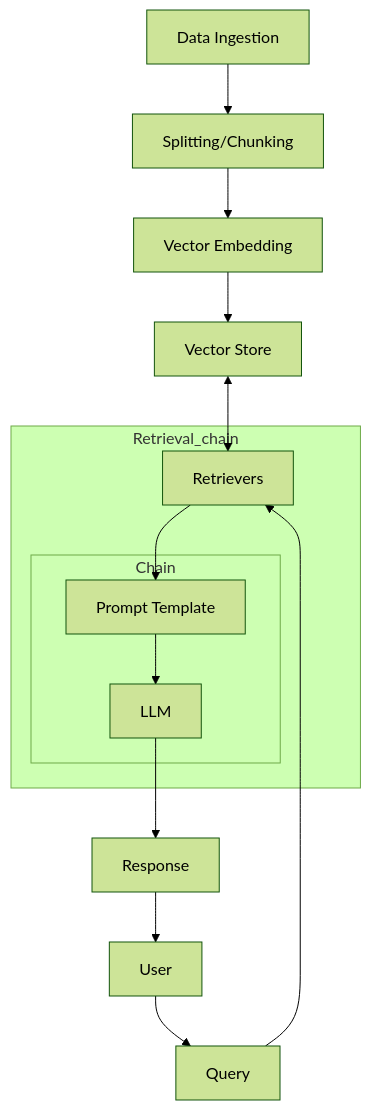
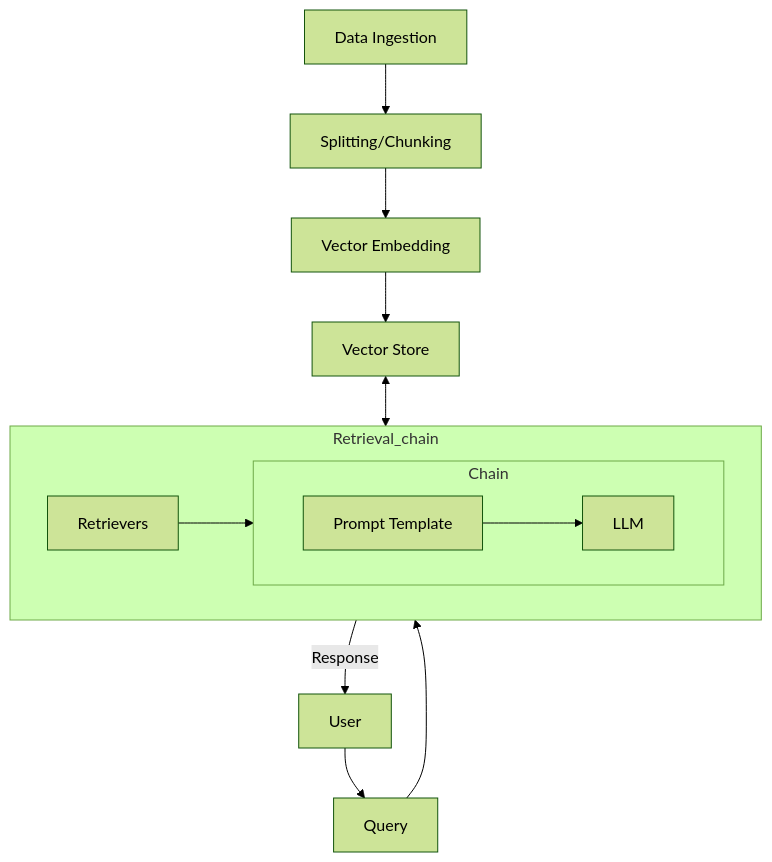
Before and after one commit to Darshan922000/Retrieval-Augmented-Generation: the diagram in README.md, drawn with Mermaid (forest theme).

````diff
--- a/README.md
+++ b/README.md
@@ -3,24 +3,26 @@
 ```mermaid
 flowchart TD
     A[Data Ingestion] --> B[Splitting/Chunking]
 
     B --> C[Vector Embedding]
 
     C --> D[Vector Store]
 
     D <--> E[Retrievers] 
 
     subgraph Retrieval_chain
+    direction LR
     E --> F[Prompt Template]
 
     subgraph Chain
+    direction LR
     F --> G[LLM]
     end
     end
     
     H[Query] --> E
 
     I[User] --> H
 
-    G --> Response --> I[User]
+    G -- Response --> I[User]
 ```
````
